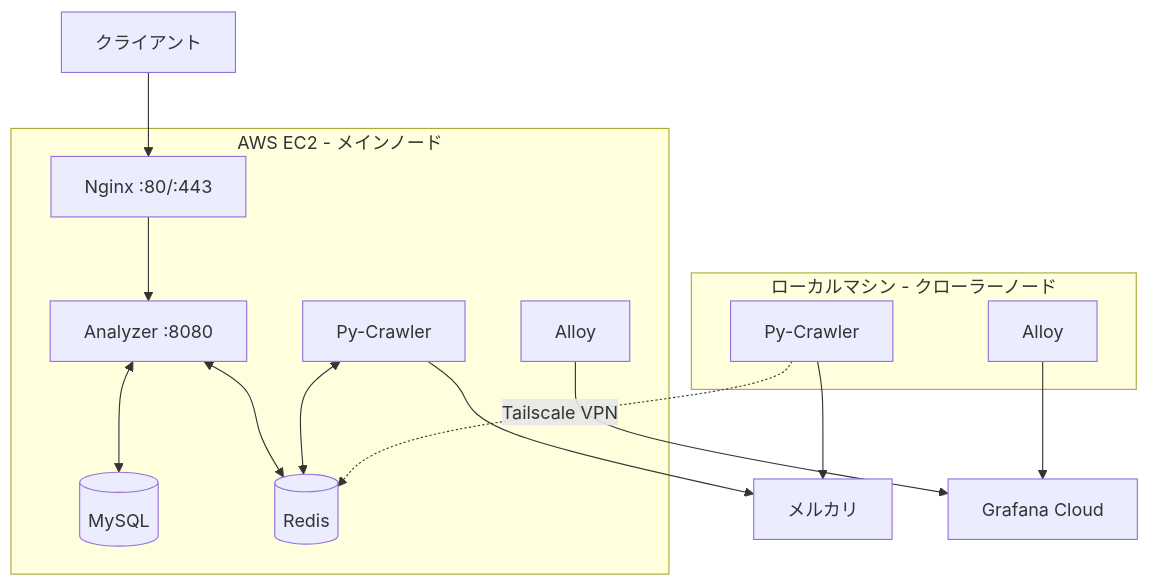
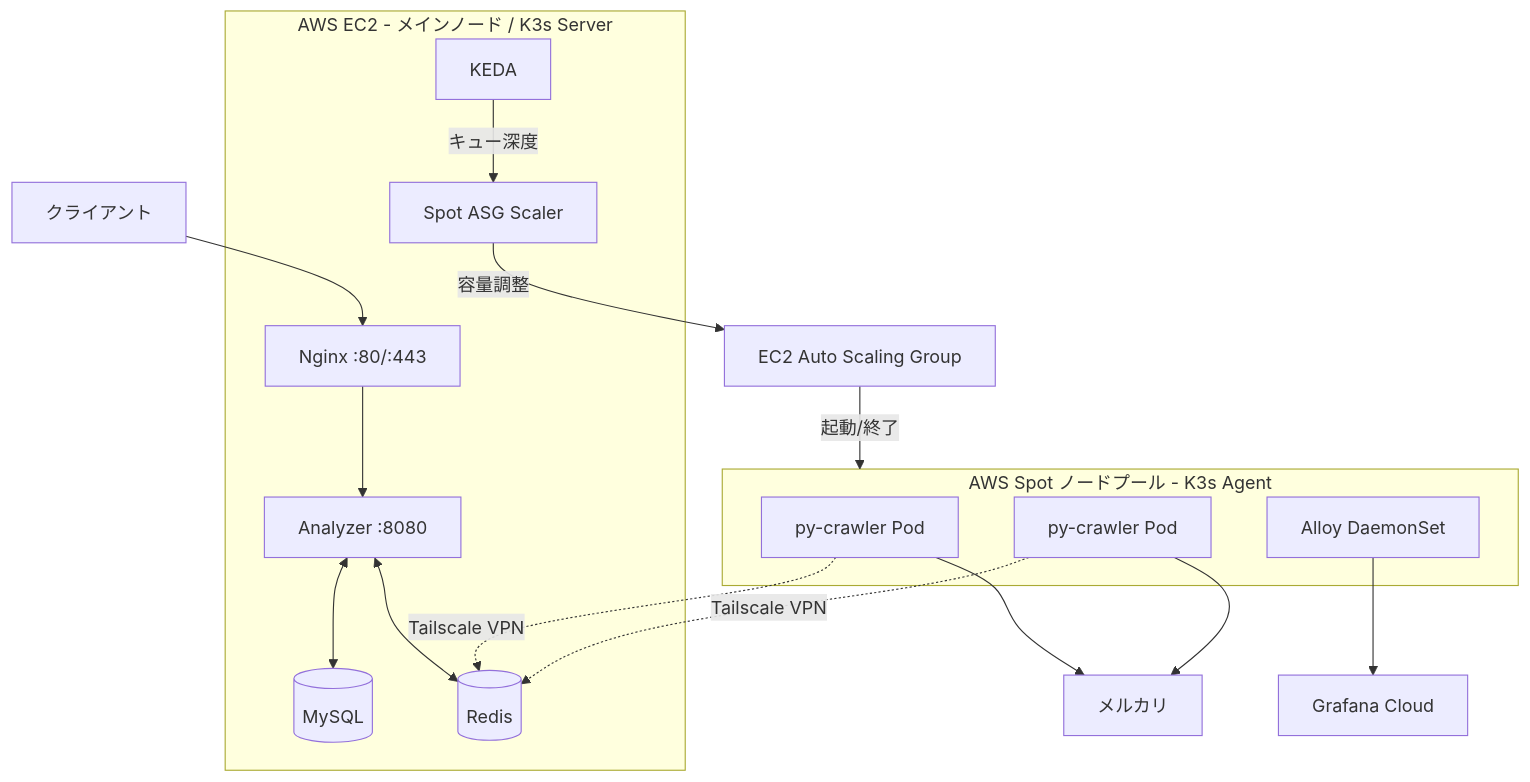
One commit to KahanaT800/animehot changed the first of 2 diagrams in README.ja.md. Above: the diagram before and after it, drawn with Mermaid. The commit also changed other lines of this file and 7 other files, not shown here.

````diff
--- a/README.ja.md
+++ b/README.ja.md
@@ -59,34 +62,37 @@
 ```mermaid
 graph TB
     CLIENT[クライアント]
 
-    subgraph EC2[AWS EC2 - メインノード]
+    subgraph EC2[AWS EC2 - メインノード / K3s Server]
         NGINX[Nginx :80/:443]
         ANALYZER[Analyzer :8080]
-        CRAWLER1[Py-Crawler]
         MYSQL[(MySQL)]
         REDIS[(Redis)]
-        ALLOY1[Alloy]
+        KEDA[KEDA]
+        SCALER[Spot ASG Scaler]
     end
 
-    subgraph LOCAL[ローカルマシン - クローラーノード]
-        CRAWLER2[Py-Crawler]
-        ALLOY2[Alloy]
+    subgraph SPOT[AWS Spot ノードプール - K3s Agent]
+        CRAWLER1[py-crawler Pod]
+        CRAWLER2[py-crawler Pod]
+        ALLOY[Alloy DaemonSet]
     end
 
     MERCARI[メルカリ]
     GRAFANA[Grafana Cloud]
+    ASG[EC2 Auto Scaling Group]
 
     CLIENT --> NGINX
     NGINX --> ANALYZER
     ANALYZER <--> MYSQL
     ANALYZER <--> REDIS
-    CRAWLER1 <--> REDIS
-    CRAWLER1 --> MERCARI
 
-    CRAWLER2 -.->|Tailscale VPN| REDIS
-    CRAWLER2 --> MERCARI
+    KEDA -->|キュー深度| SCALER
+    SCALER -->|容量調整| ASG
+    ASG -->|起動/終了| SPOT
 
-    ALLOY1 --> GRAFANA
-    ALLOY2 --> GRAFANA
+    CRAWLER1 & CRAWLER2 -.->|Tailscale VPN| REDIS
+    CRAWLER1 & CRAWLER2 --> MERCARI
+
+    ALLOY --> GRAFANA
 ```
````
